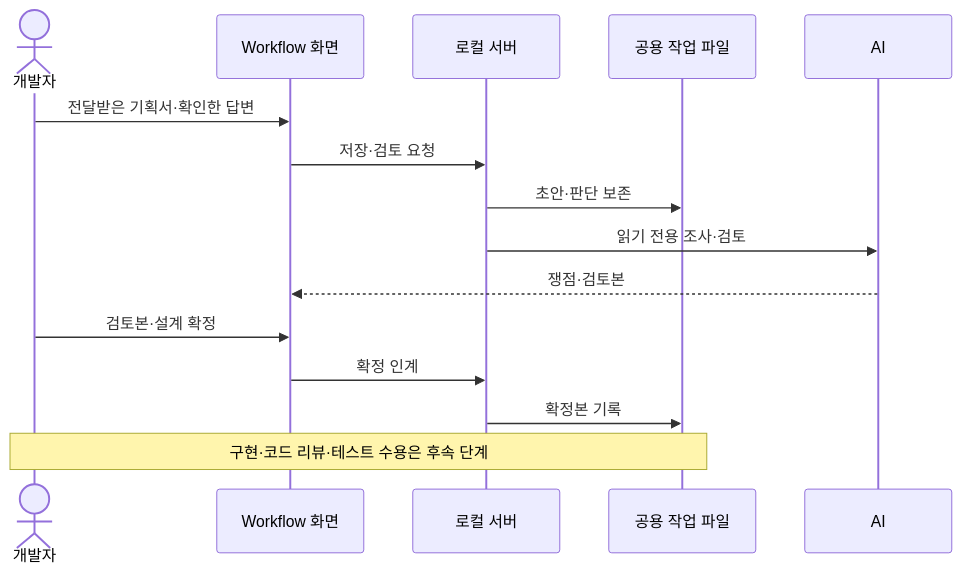
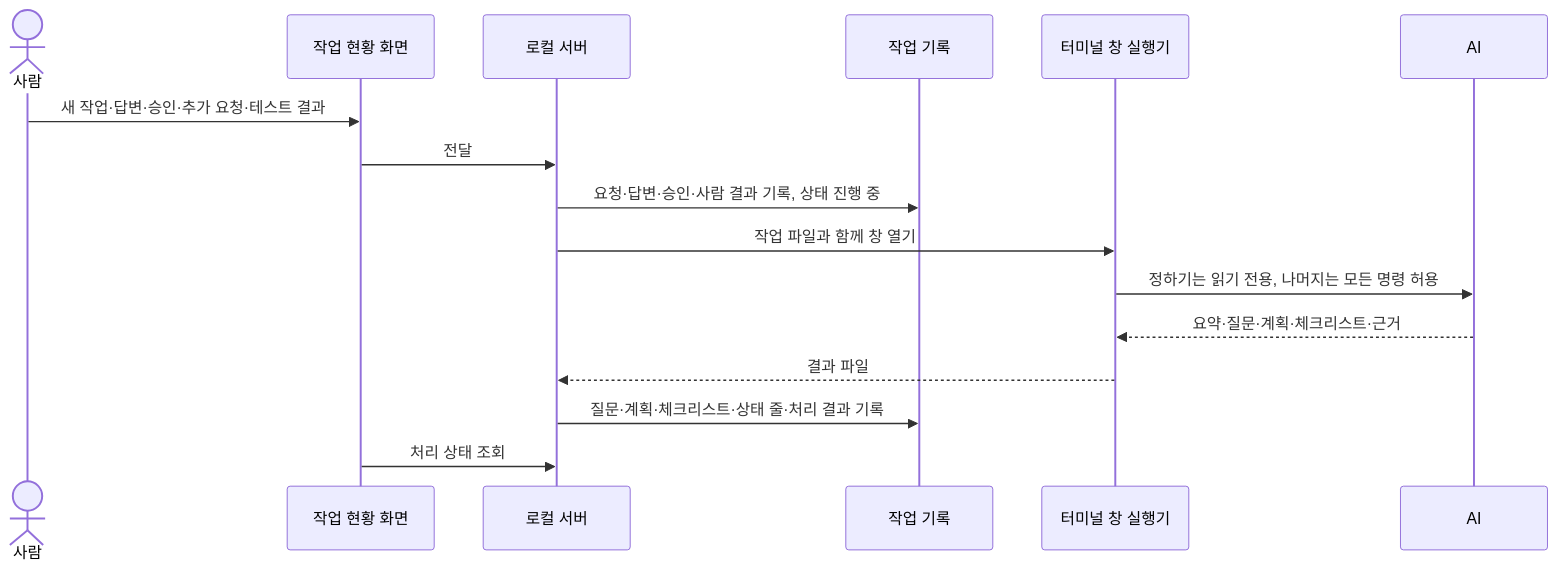
The diagram in .wiki/wiki/references/wiki-workflow.md (Woogl/ProjectWx), drawn with Mermaid before and after one commit. The commit also changed other lines of this file and 38 other files, not shown here.

````diff
--- a/.wiki/wiki/references/wiki-workflow.md
+++ b/.wiki/wiki/references/wiki-workflow.md
@@ -70,17 +106,18 @@
 ```mermaid
 sequenceDiagram
-  actor User as 개발자
-  participant UI as Workflow 화면
+  actor User as 사람
+  participant UI as 작업 현황 화면
   participant API as 로컬 서버
-  participant Files as 공용 작업 파일
+  participant Task as 작업 기록
+  participant Term as 터미널 창 실행기
   participant AI as AI
-  User->>UI: 전달받은 기획서·확인한 답변
-  UI->>API: 저장·검토 요청
-  API->>Files: 초안·판단 보존
-  API->>AI: 읽기 전용 조사·검토
-  AI-->>UI: 쟁점·검토본
-  User->>UI: 검토본·설계 확정
-  UI->>API: 확정 인계
-  API->>Files: 확정본 기록
-  Note over User,Files: 구현·코드 리뷰·테스트 수용은 후속 단계
+  User->>UI: 새 작업·답변·승인·추가 요청·테스트 결과
+  UI->>API: 전달
+  API->>Task: 요청·답변·승인·사람 결과 기록, 상태 진행 중
+  API->>Term: 작업 파일과 함께 창 열기
+  Term->>AI: 정하기는 읽기 전용, 나머지는 모든 명령 허용
+  AI-->>Term: 요약·질문·계획·체크리스트·근거
+  Term-->>API: 결과 파일
+  API->>Task: 질문·계획·체크리스트·상태 줄·처리 결과 기록
+  UI->>API: 처리 상태 조회
 ```
````
